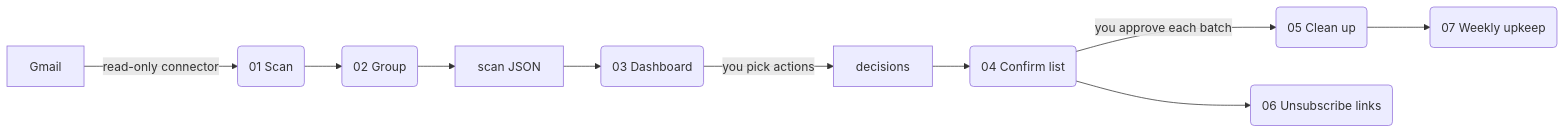
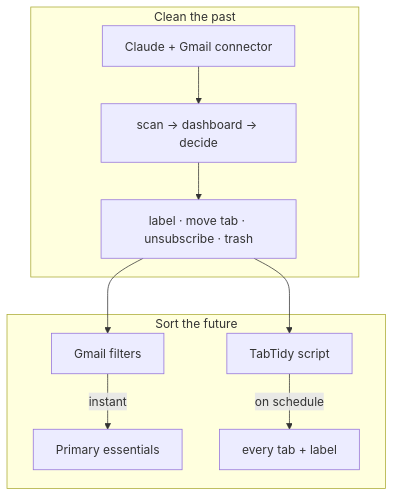
The diagram in docs/how-it-works.md (sujeshshivan/TabTidy), drawn with Mermaid before and after one commit. The commit also changed other lines of this file and 29 other files, not shown here.

First line of the commit message:
Add TabTidy script, generic Gmail filters and full two-path guide

````diff
--- a/docs/how-it-works.md
+++ b/docs/how-it-works.md
@@ -5,12 +9,13 @@
 ```mermaid
-flowchart LR
-  A[Gmail] -->|read-only connector| B(01 Scan)
-  B --> C(02 Group)
-  C --> D[scan JSON]
-  D --> E(03 Dashboard)
-  E -->|you pick actions| F[decisions]
-  F --> G(04 Confirm list)
-  G -->|you approve each batch| H(05 Clean up)
-  G --> I(06 Unsubscribe links)
-  H --> J(07 Weekly upkeep)
+flowchart TB
+  subgraph Clean the past
+    A[Claude + Gmail connector] --> B[scan → dashboard → decide]
+    B --> C[label · move tab · unsubscribe · trash]
+  end
+  subgraph Sort the future
+    D[Gmail filters] -->|instant| E[Primary essentials]
+    F[TabTidy script] -->|on schedule| G[every tab + label]
+  end
+  C --> D
+  C --> F
 ```
````
